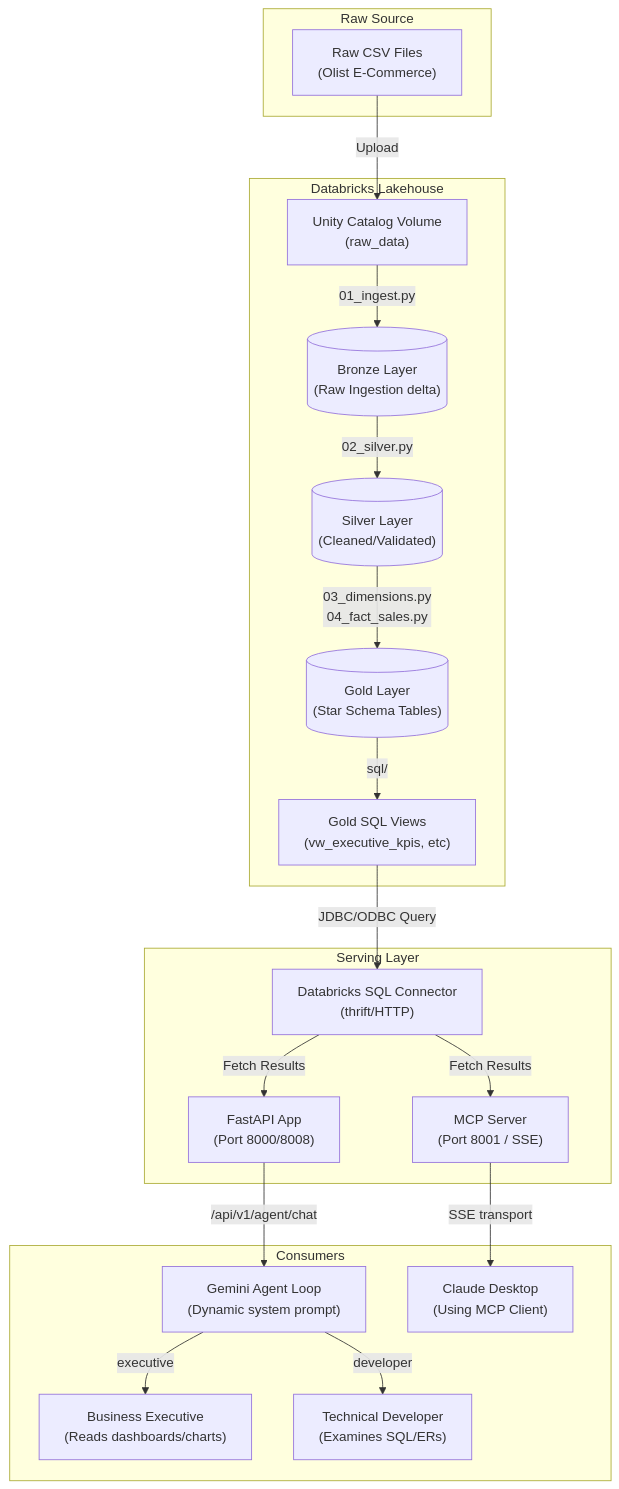
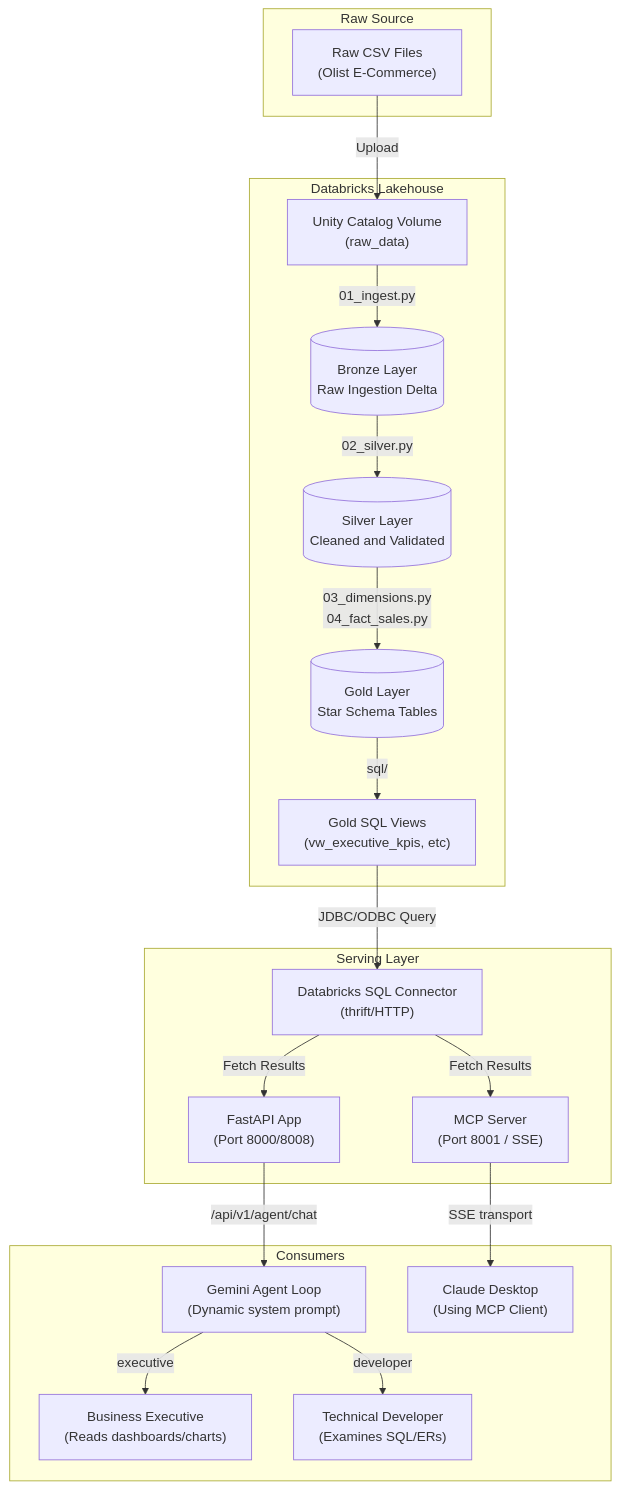
Before and after one commit to Azaken1248/Retail-Intelligence-Platform: the diagram in docs/guide/architecture.md, drawn with Mermaid.

Commit message:
docs(architecture): resolve remaining flowchart syntax warnings

````diff
--- a/docs/guide/architecture.md
+++ b/docs/guide/architecture.md
@@ -7,42 +7,42 @@
 ```mermaid
 flowchart TD
     subgraph Raw Source
         CSV["Raw CSV Files<br>(Olist E-Commerce)"]
     end
 
     subgraph Databricks Lakehouse
         Volume["Unity Catalog Volume<br>(raw_data)"]
-        Bronze[("Bronze Layer<br>(Raw Ingestion delta)")]
-        Silver[("Silver Layer<br>(Cleaned/Validated)")]
-        Gold[("Gold Layer<br>(Star Schema Tables)")]
+        Bronze[("Bronze Layer<br>Raw Ingestion Delta")]
+        Silver[("Silver Layer<br>Cleaned and Validated")]
+        Gold[("Gold Layer<br>Star Schema Tables")]
         Views["Gold SQL Views<br>(vw_executive_kpis, etc)"]
         
         CSV -->|Upload| Volume
         Volume -->|01_ingest.py| Bronze
         Bronze -->|02_silver.py| Silver
         Silver -->|03_dimensions.py<br>04_fact_sales.py| Gold
-        Gold -->|sql/| Views
+        Gold -->|"sql/"| Views
     end
 
     subgraph Serving Layer
         API["FastAPI App<br>(Port 8000/8008)"]
         MCP["MCP Server<br>(Port 8001 / SSE)"]
         Client["Databricks SQL Connector<br>(thrift/HTTP)"]
         
-        Views -->|JDBC/ODBC Query| Client
+        Views -->|"JDBC/ODBC Query"| Client
         Client -->|Fetch Results| API
         Client -->|Fetch Results| MCP
     end
 
     subgraph Consumers
         Exec["Business Executive<br>(Reads dashboards/charts)"]
         Dev["Technical Developer<br>(Examines SQL/ERs)"]
         Agent["Gemini Agent Loop<br>(Dynamic system prompt)"]
         Claude["Claude Desktop<br>(Using MCP Client)"]
         
-        API -->|/api/v1/agent/chat| Agent
+        API -->|"/api/v1/agent/chat"| Agent
         Agent -->|executive| Exec
         Agent -->|developer| Dev
         MCP -->|SSE transport| Claude
     end
 ```
````
